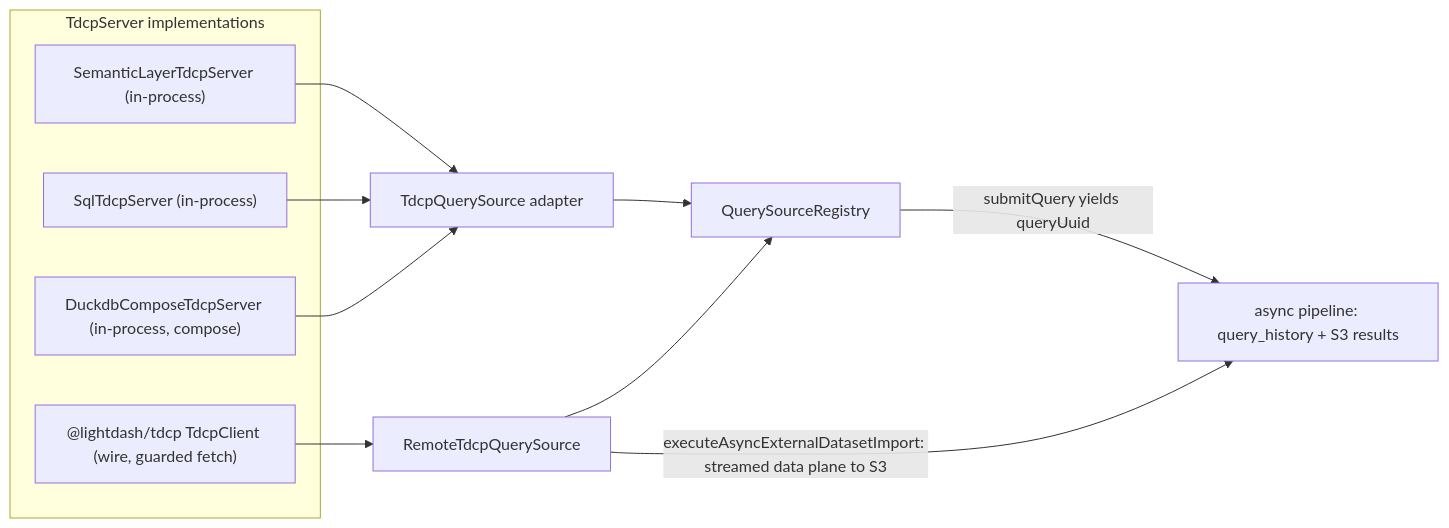
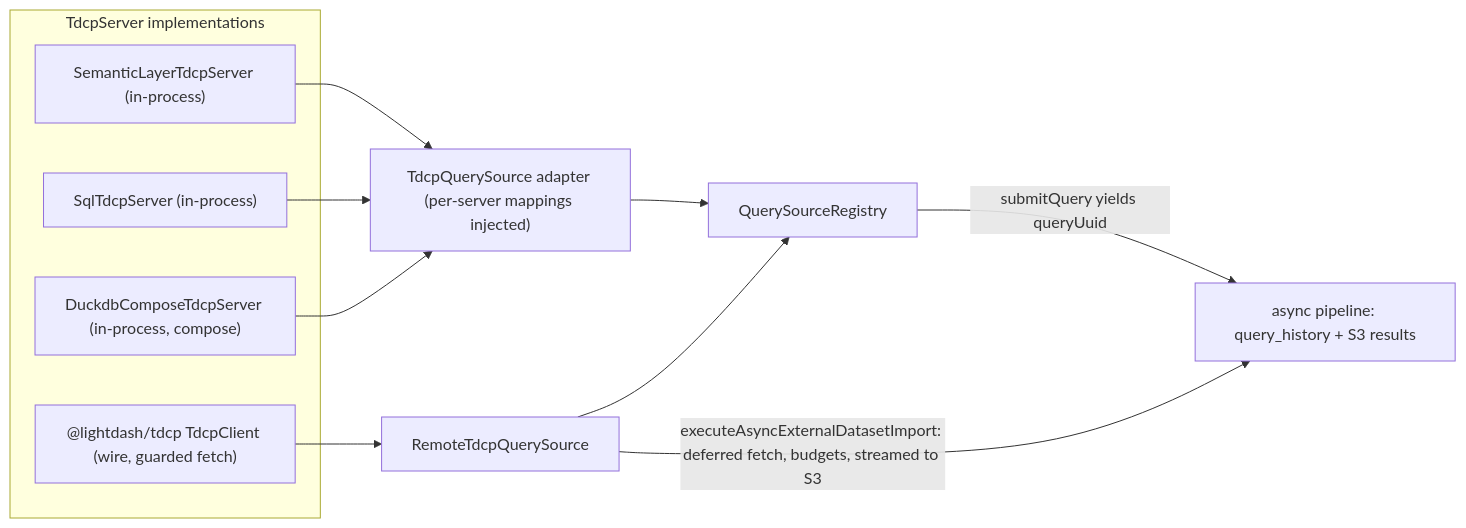
The second of 2 diagrams in docs/tdcp-tabular-data-context-protocol.md (lightdash/lightdash), drawn with Mermaid before and after one commit. The commit also changed other lines of this file and 13 other files, not shown here.

````diff
--- a/docs/tdcp-tabular-data-context-protocol.md
+++ b/docs/tdcp-tabular-data-context-protocol.md
@@ -45,21 +42,21 @@
 ```mermaid
 flowchart LR
     subgraph SRV["TdcpServer implementations"]
         SL["SemanticLayerTdcpServer (in-process)"]
         SQ["SqlTdcpServer (in-process)"]
         DK["DuckdbComposeTdcpServer (in-process, compose)"]
         RM["@lightdash/tdcp TdcpClient (wire, guarded fetch)"]
     end
-    AD["TdcpQuerySource adapter"]
+    AD["TdcpQuerySource adapter (per-server mappings injected)"]
     RAD["RemoteTdcpQuerySource"]
     REG["QuerySourceRegistry"]
     PIPE["async pipeline: query_history + S3 results"]
     SL --> AD
     SQ --> AD
     DK --> AD
     RM --> RAD
     AD --> REG
     RAD --> REG
     REG -->|"submitQuery yields queryUuid"| PIPE
-    RAD -->|"executeAsyncExternalDatasetImport: streamed data plane to S3"| PIPE
+    RAD -->|"executeAsyncExternalDatasetImport: deferred fetch, budgets, streamed to S3"| PIPE
 ```
````
